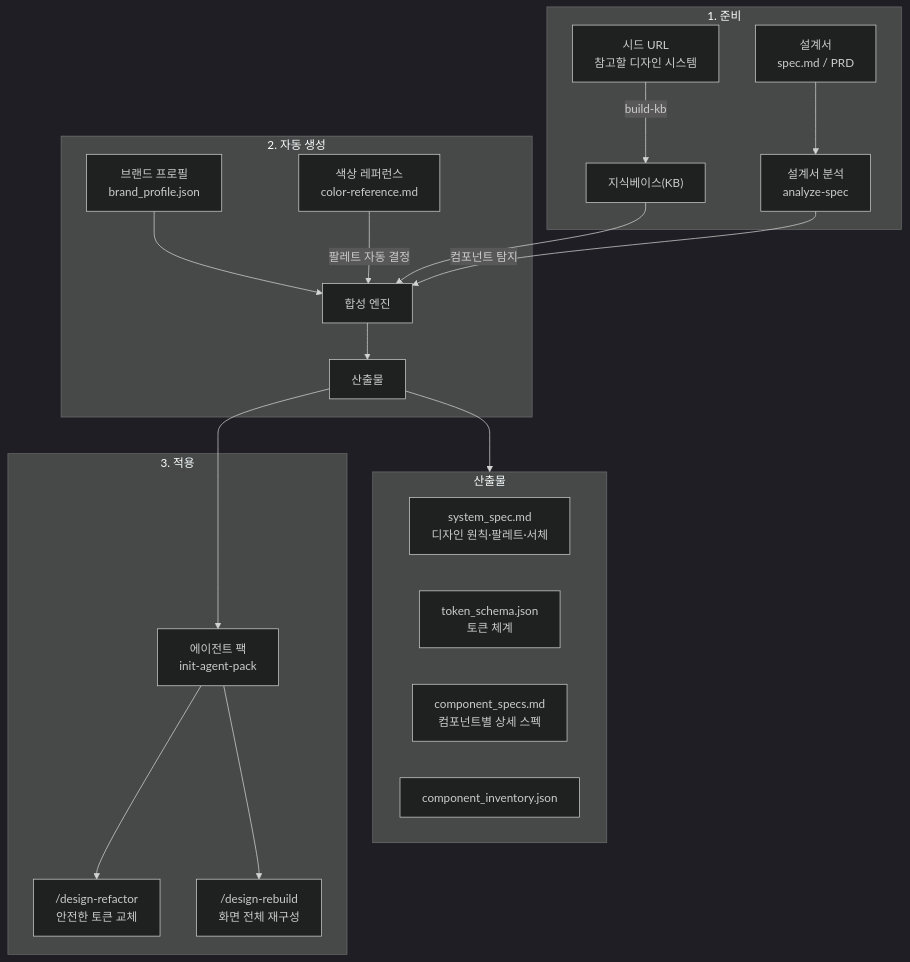
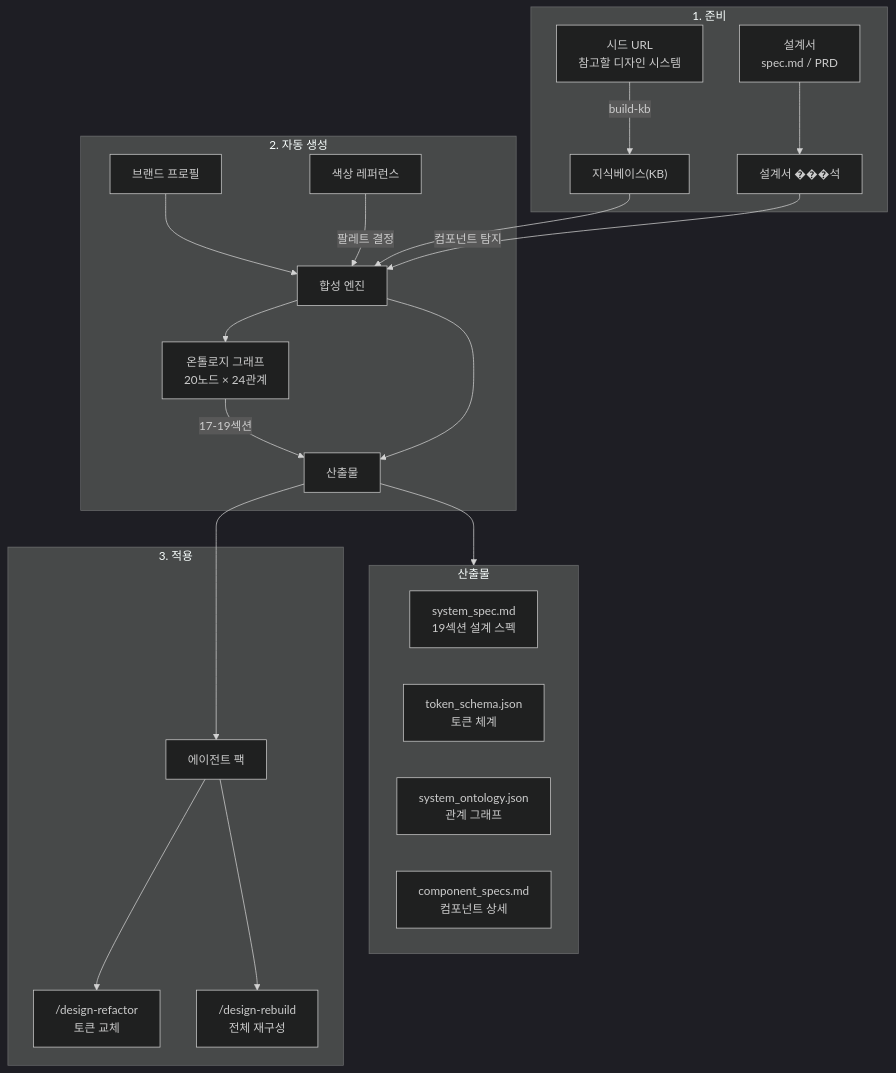
The first of 3 diagrams in README.md (2000silpeed/design-ontology-harness), drawn with Mermaid (dark theme) before and after one commit. The commit also changed other lines of this file and 5 other files, not shown here.

First line of the commit message:
Add ontology graph with 20 node types and 24 edge types (Phase 5)

````diff
--- a/README.md
+++ b/README.md
@@ -14,30 +14,32 @@
 ```mermaid
 flowchart TB
     subgraph PREPARE["1. 준비"]
         SEED["시드 URL\n참고할 디자인 시스템"] -->|build-kb| KB["지식베이스(KB)"]
-        SPEC["설계서\nspec.md / PRD"] --> ANALYZE
+        SPEC["설계서\nspec.md / PRD"] --> ANALYZE["설계서 ���석"]
     end
 
     subgraph GENERATE["2. 자동 생성"]
         KB --> SYNTH["합성 엔진"]
-        BRAND["브랜드 프로필\nbrand_profile.json"] --> SYNTH
-        ANALYZE["설계서 분석\nanalyze-spec"] -->|컴포넌트 탐지| SYNTH
-        COLOR_REF["색상 레퍼런스\ncolor-reference.md"] -->|팔레트 자동 결정| SYNTH
+        BRAND["브랜드 프로필"] --> SYNTH
+        ANALYZE -->|컴포넌트 탐지| SYNTH
+        COLOR_REF["색상 레퍼런스"] -->|팔레트 결정| SYNTH
+        SYNTH --> GRAPH["온톨로지 그래프\n20노드 × 24관계"]
         SYNTH --> OUTPUT["산출물"]
+        GRAPH -->|17-19섹션| OUTPUT
     end
 
     subgraph OUTPUT_DETAIL["산출물"]
-        SYS_SPEC["system_spec.md\n디자인 원칙·팔레트·서체"]
+        SYS_SPEC["system_spec.md\n19섹션 설계 스펙"]
         TOKEN["token_schema.json\n토큰 체계"]
-        COMP_SPEC["component_specs.md\n컴포넌트별 상세 스펙"]
-        COMP_INV["component_inventory.json"]
+        ONTOLOGY["system_ontology.json\n관계 그래프"]
+        COMP_SPEC["component_specs.md\n컴포넌트 상세"]
     end
 
     subgraph APPLY["3. 적용"]
-        OUTPUT --> AGENT_PACK["에이전트 팩\ninit-agent-pack"]
-        AGENT_PACK --> REFACTOR["/design-refactor\n안전한 토큰 교체"]
-        AGENT_PACK --> REBUILD["/design-rebuild\n화면 전체 재구성"]
+        OUTPUT --> AGENT_PACK["에이전트 팩"]
+        AGENT_PACK --> REFACTOR["/design-refactor\n토큰 교체"]
+        AGENT_PACK --> REBUILD["/design-rebuild\n전체 재구성"]
     end
 
     OUTPUT --> OUTPUT_DETAIL
 ```
````
